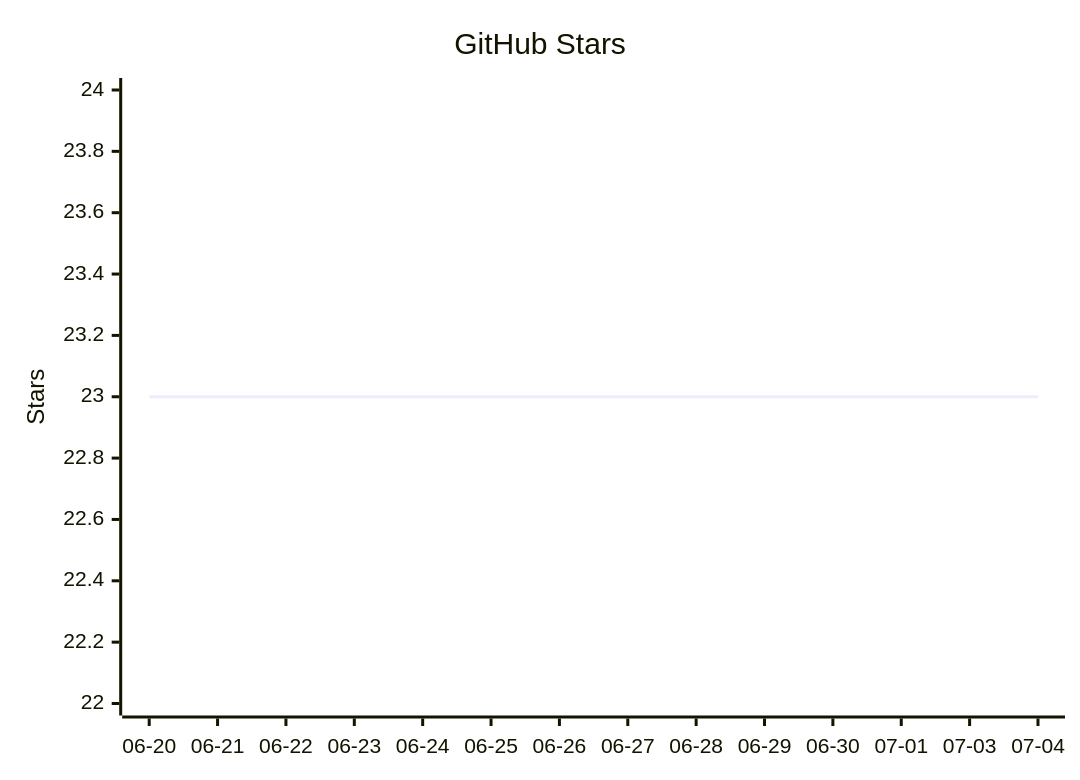
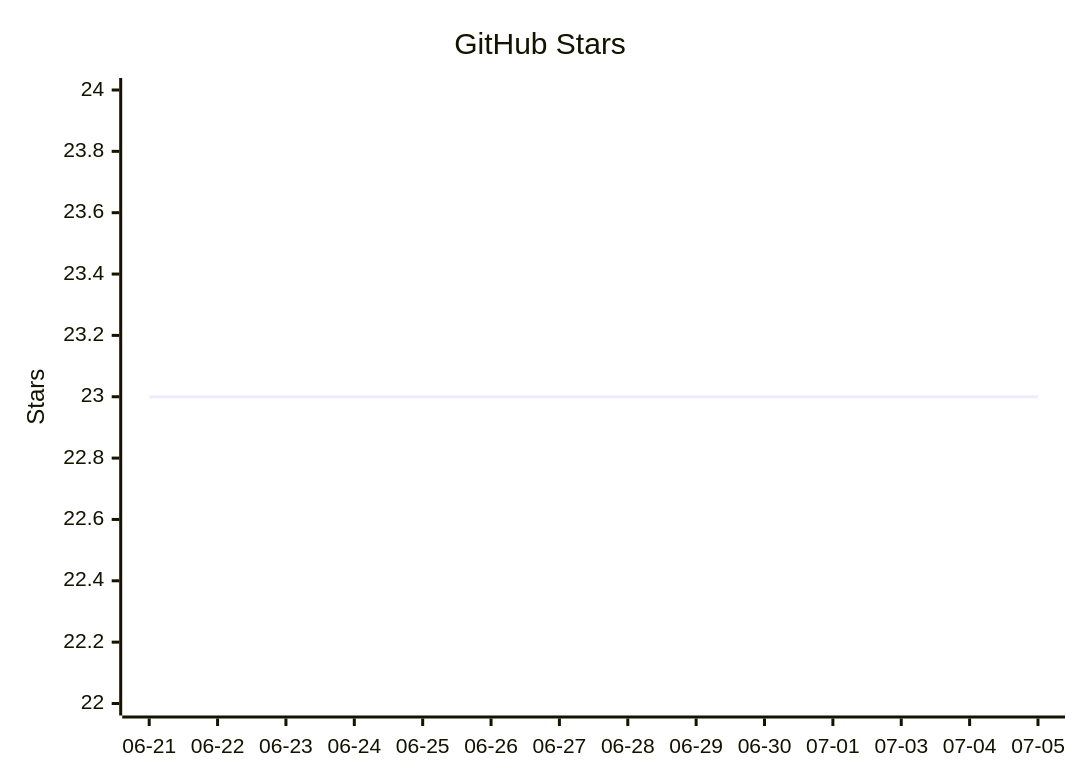
Before and after one commit to vectie/moonclaw: the diagram in README.mbt.md, drawn with Mermaid. The commit also changed other lines of this file and 1 other file, not shown here.

Commit message:
Update README star growth

````diff
--- a/README.mbt.md
+++ b/README.mbt.md
@@ -616,7 +616,7 @@
 ```mermaid
 xychart-beta
     title "GitHub Stars"
-    x-axis ["06-20","06-21","06-22","06-23","06-24","06-25","06-26","06-27","06-28","06-29","06-30","07-01","07-03","07-04"]
+    x-axis ["06-21","06-22","06-23","06-24","06-25","06-26","06-27","06-28","06-29","06-30","07-01","07-03","07-04","07-05"]
     y-axis "Stars" 22 --> 24
     line [23,23,23,23,23,23,23,23,23,23,23,23,23,23]
 ```
````
